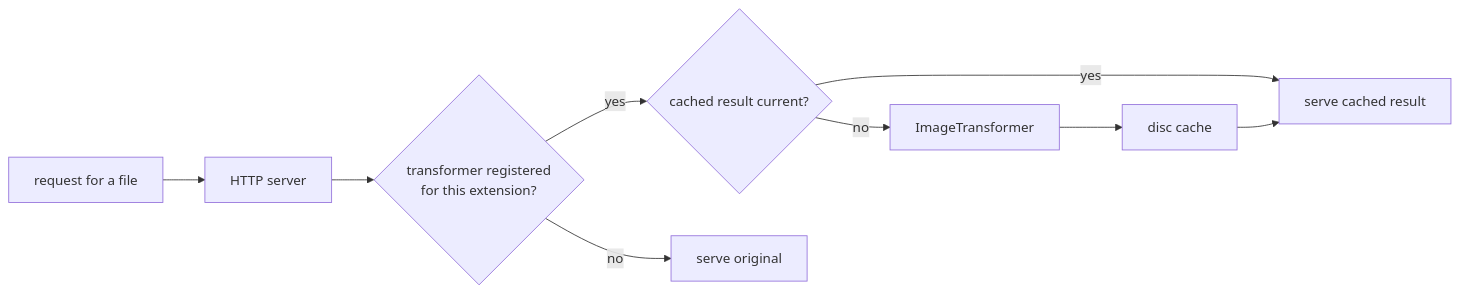
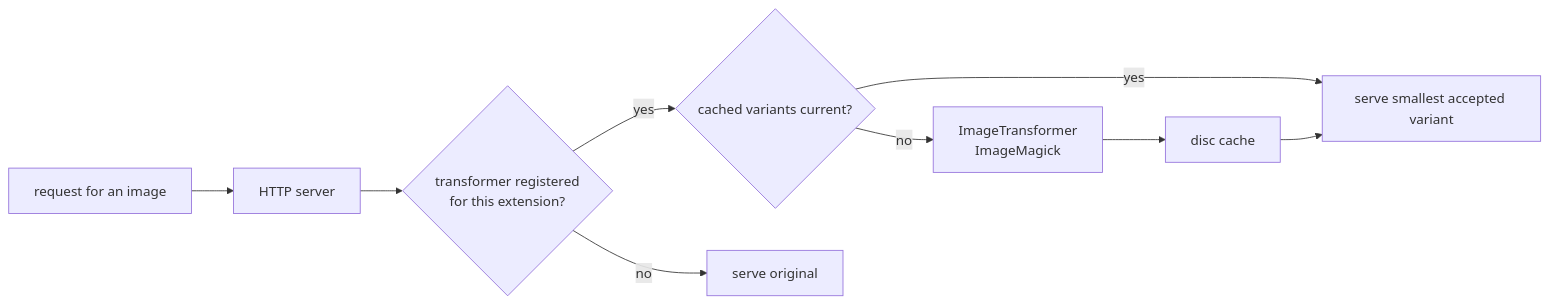
The diagram in SysWeaver.HttpTransformer.Image/README.md (dosh1974/SysWeaver), drawn with Mermaid before and after one commit. The commit also changed other lines of this file and 532 other files, not shown here.

````diff
--- a/SysWeaver.HttpTransformer.Image/README.md
+++ b/SysWeaver.HttpTransformer.Image/README.md
@@ -18,11 +18,11 @@
 ```mermaid
 flowchart LR
-  Req["request for a file"] --> Srv["HTTP server"]
+  Req["request for an image"] --> Srv["HTTP server"]
   Srv --> Chain{"transformer registered<br/>for this extension?"}
-  Chain -->|yes| Cache{"cached result current?"}
-  Cache -->|yes| Out["serve cached result"]
-  Cache -->|no| T["ImageTransformer"]
+  Chain -->|yes| Cache{"cached variants current?"}
+  Cache -->|yes| Out["serve smallest accepted variant"]
+  Cache -->|no| T["ImageTransformer<br/>ImageMagick"]
   T --> Store["disc cache"]
   Store --> Out
   Chain -->|no| Plain["serve original"]
 ```
````
